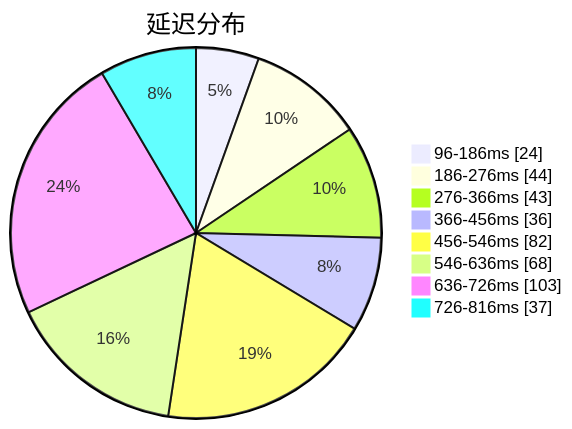
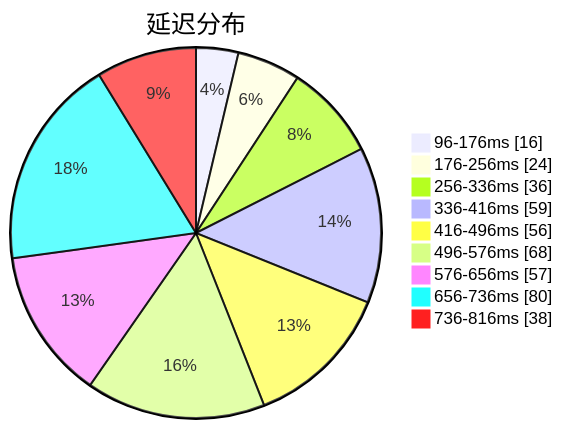
One commit to sinspired/airport changed the first of 3 diagrams in subs/statistics/tested_within.md. Above: the diagram before and after it, drawn with Mermaid. The commit also changed other lines of this file and 2 other files, not shown here.

````diff
--- a/subs/statistics/tested_within.md
+++ b/subs/statistics/tested_within.md
@@ -2,12 +2,13 @@
 ```mermaid
 pie showData
 title 延迟分布
-"96-186ms" : 24
-"186-276ms" : 44
-"276-366ms" : 43
-"366-456ms" : 36
-"456-546ms" : 82
-"546-636ms" : 68
-"636-726ms" : 103
-"726-816ms" : 37
+"96-176ms" : 16
+"176-256ms" : 24
+"256-336ms" : 36
+"336-416ms" : 59
+"416-496ms" : 56
+"496-576ms" : 68
+"576-656ms" : 57
+"656-736ms" : 80
+"736-816ms" : 38
 ```
````
